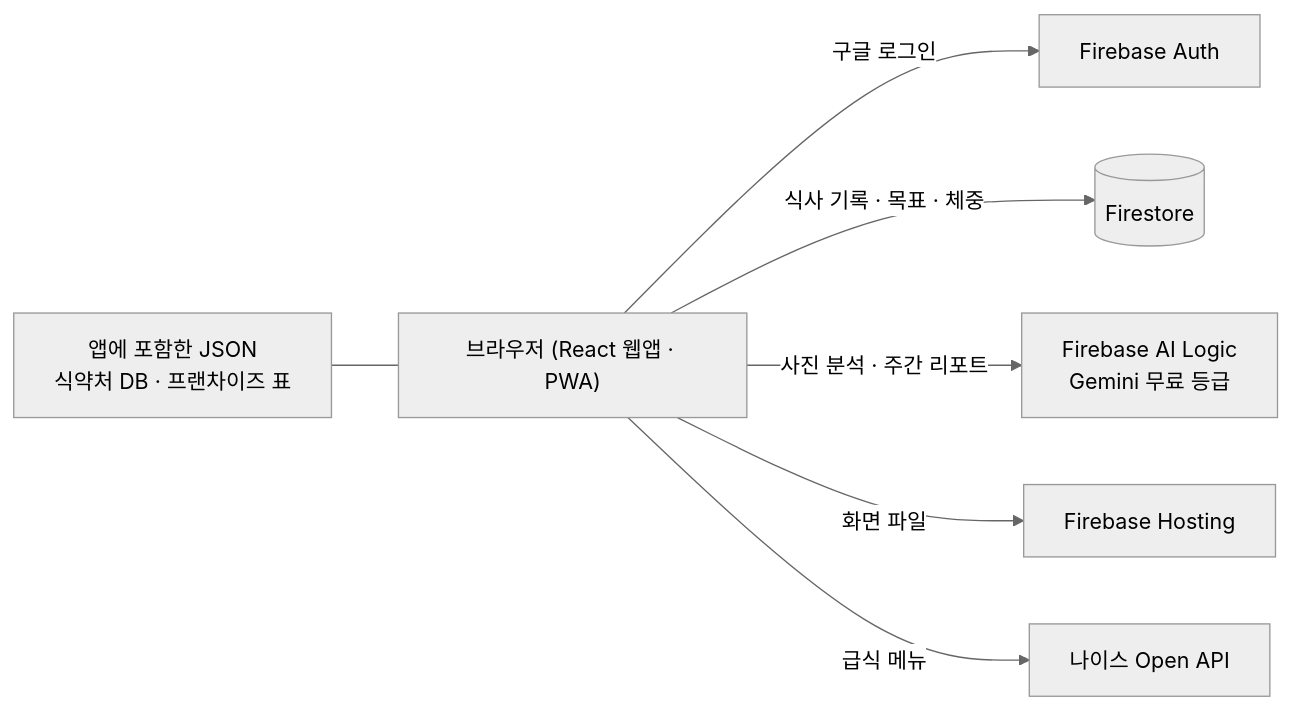
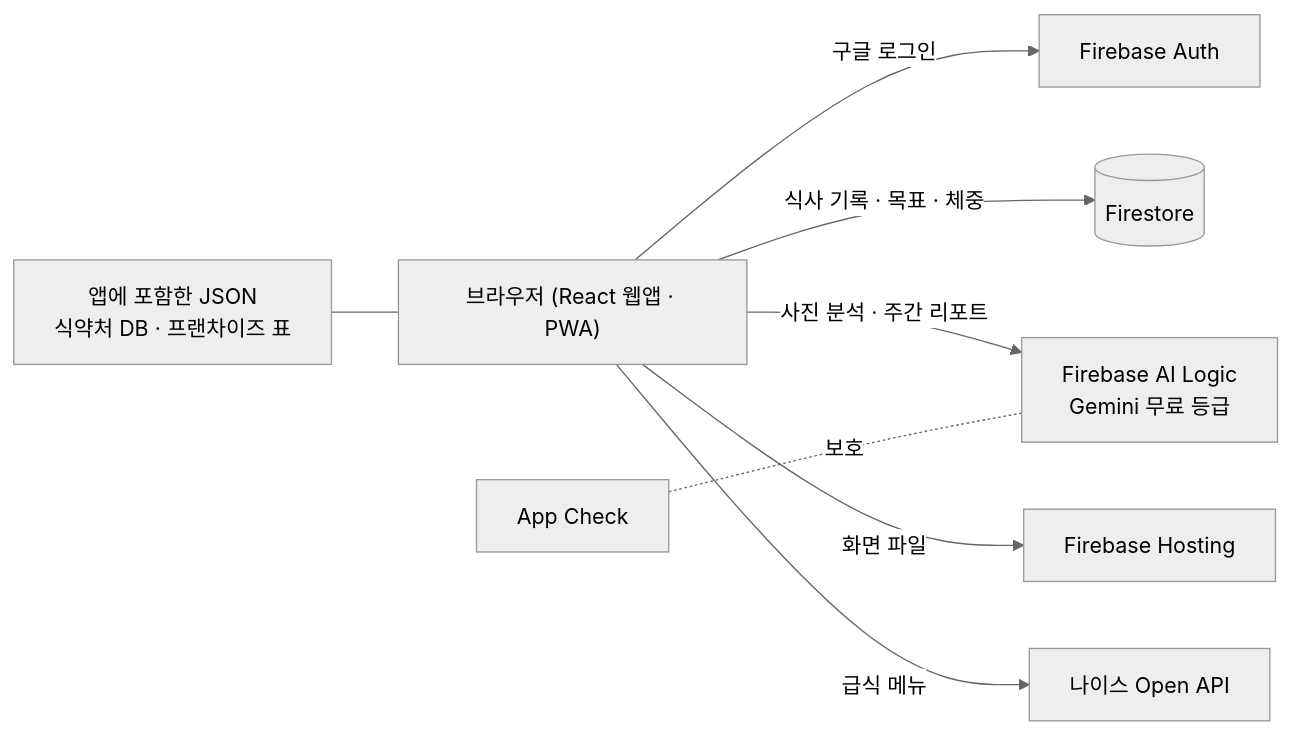
One commit to ninecastle/meal-intake changed the diagram in README.md. Above: the diagram before and after it, drawn with Mermaid (neutral theme). The commit also changed 6 other files, not shown here.

Commit message:
앱 이름 표기를 Intake로(사용자 요청), README 구조도 App Check 표시 다시 넣음(사용자가 콘솔에서 확인)

````diff
--- a/README.md
+++ b/README.md
@@ -80,10 +80,11 @@
 ```mermaid
 flowchart LR
   B["브라우저 (React 웹앱 · PWA)"]
   B -->|구글 로그인| A[Firebase Auth]
   B -->|식사 기록 · 목표 · 체중| F[(Firestore)]
   B -->|사진 분석 · 주간 리포트| G["Firebase AI Logic<br/>Gemini 무료 등급"]
   B -->|화면 파일| H[Firebase Hosting]
   B -->|급식 메뉴| N[나이스 Open API]
   D["앱에 포함한 JSON<br/>식약처 DB · 프랜차이즈 표"] --- B
+  C[App Check] -.보호.- G
 ```
````
